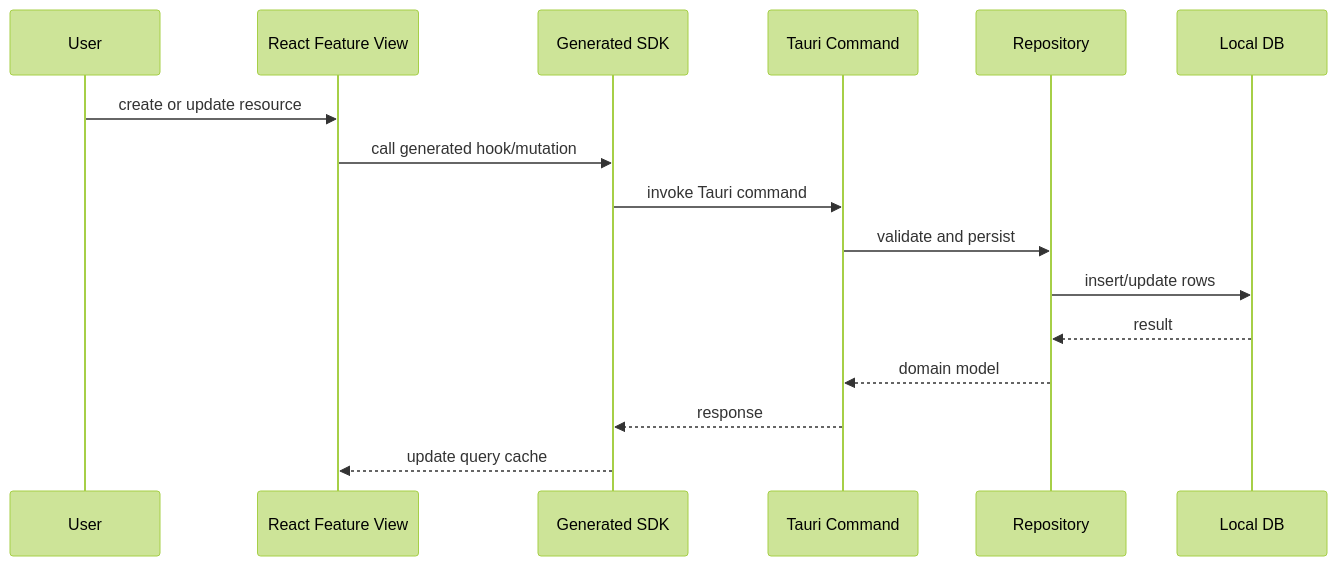
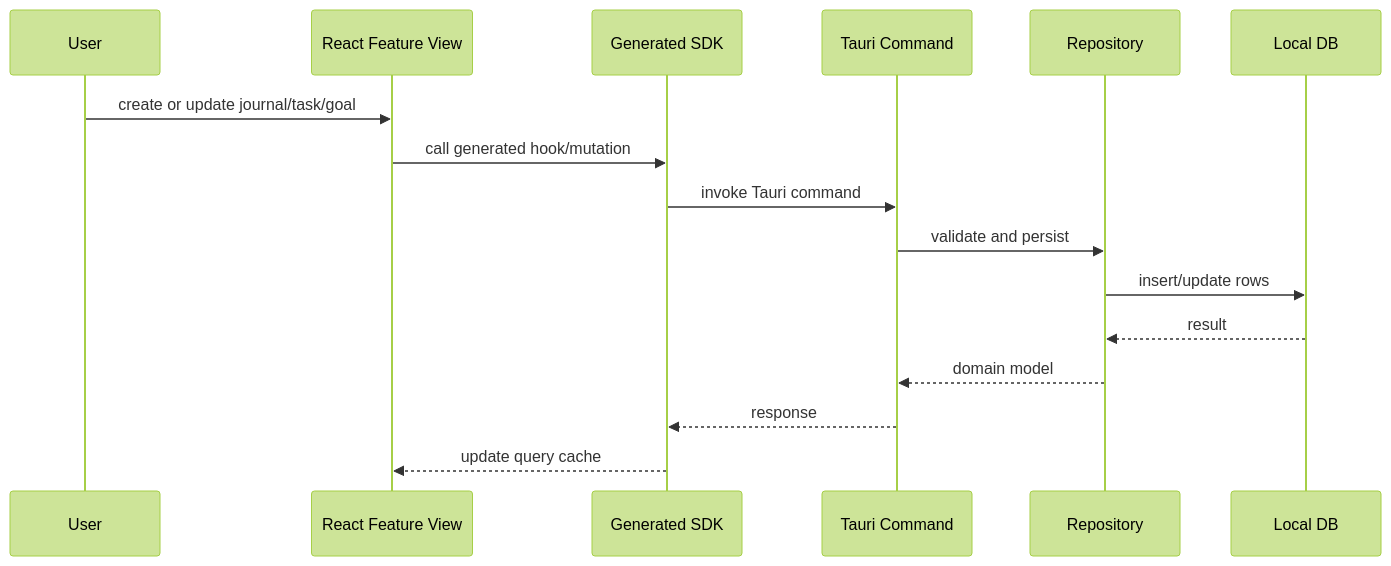
One commit to sunday-studio/aether changed the third of 7 diagrams in docs/reference/flows.md. Above: the diagram before and after it, drawn with Mermaid (forest theme). The commit also changed other lines of this file and 116 other files, not shown here.

````diff
--- a/docs/reference/flows.md
+++ b/docs/reference/flows.md
@@ -37,19 +34,19 @@
 ```mermaid
 sequenceDiagram
   participant U as User
   participant UI as React Feature View
   participant SDK as Generated SDK
   participant CMD as Tauri Command
   participant Repo as Repository
   participant DB as Local DB
 
-  U->>UI: create or update resource
+  U->>UI: create or update journal/task/goal
   UI->>SDK: call generated hook/mutation
   SDK->>CMD: invoke Tauri command
   CMD->>Repo: validate and persist
   Repo->>DB: insert/update rows
   DB-->>Repo: result
   Repo-->>CMD: domain model
   CMD-->>SDK: response
   SDK-->>UI: update query cache
 ```
````
